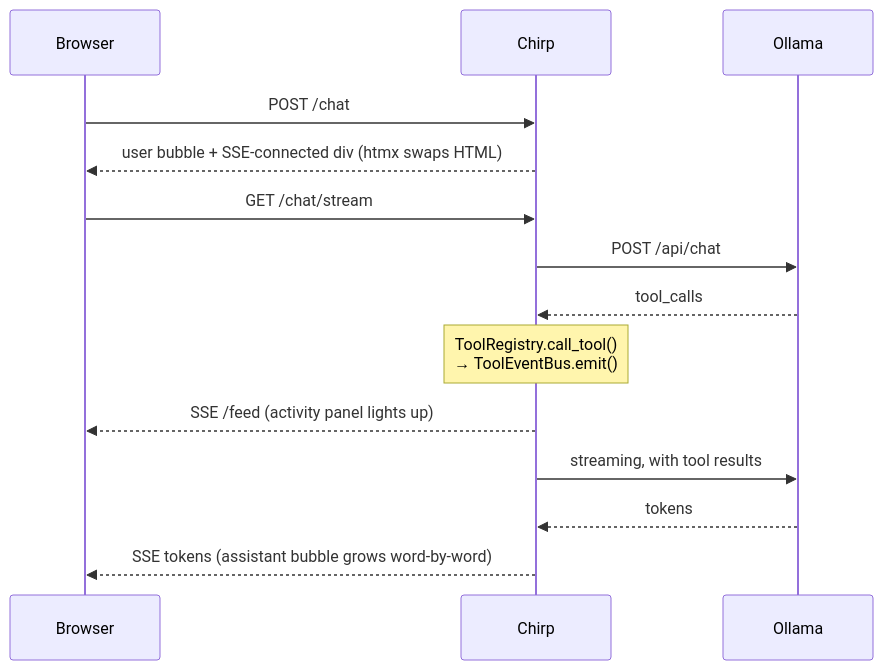
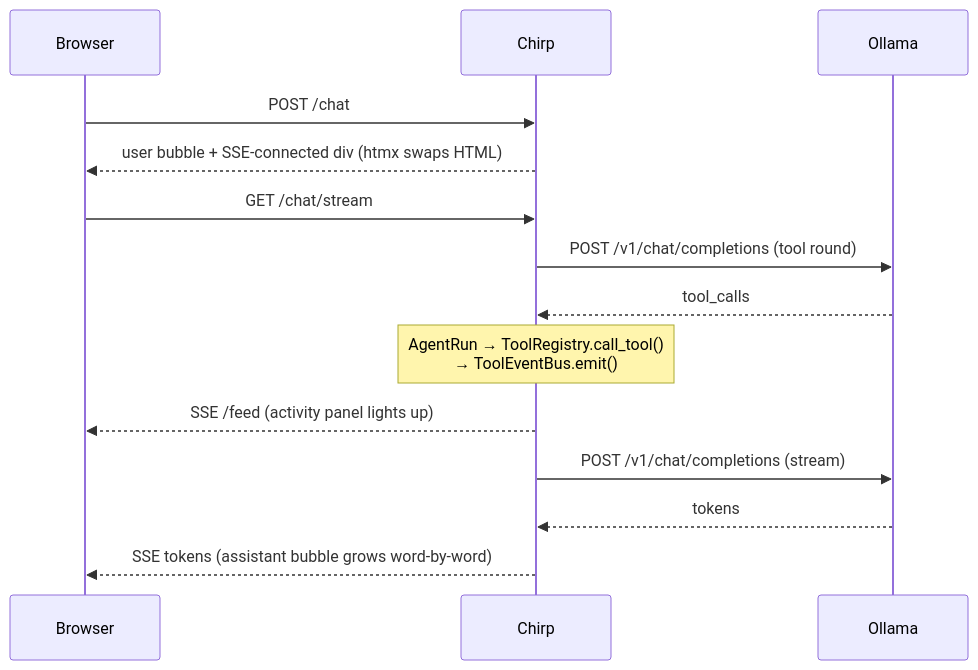
Before and after one commit to lbliii/chirp: the diagram in examples/standalone/ollama/README.md, drawn with Mermaid. The commit also changed other lines of this file and 26 other files, not shown here.

First line of the commit message:
feat(ai): Phase 2 agent loop, MCP client, and ollama refactor (#431-#438)

````diff
--- a/examples/standalone/ollama/README.md
+++ b/examples/standalone/ollama/README.md
@@ -73,20 +73,20 @@
 ```mermaid
 sequenceDiagram
     participant Browser
     participant Chirp
     participant Ollama
 
     Browser->>Chirp: POST /chat
     Chirp-->>Browser: user bubble + SSE-connected div (htmx swaps HTML)
 
     Browser->>Chirp: GET /chat/stream
-    Chirp->>Ollama: POST /api/chat
+    Chirp->>Ollama: POST /v1/chat/completions (tool round)
     Ollama-->>Chirp: tool_calls
 
-    Note over Chirp: ToolRegistry.call_tool()<br>→ ToolEventBus.emit()
+    Note over Chirp: AgentRun → ToolRegistry.call_tool()<br>→ ToolEventBus.emit()
     Chirp-->>Browser: SSE /feed (activity panel lights up)
 
-    Chirp->>Ollama: streaming, with tool results
+    Chirp->>Ollama: POST /v1/chat/completions (stream)
     Ollama-->>Chirp: tokens
     Chirp-->>Browser: SSE tokens (assistant bubble grows word-by-word)
 ```
````
